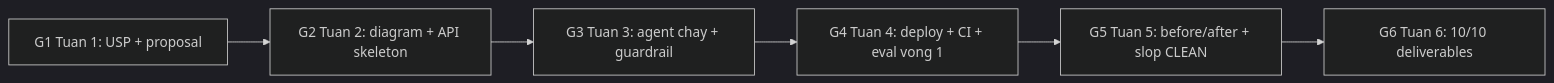
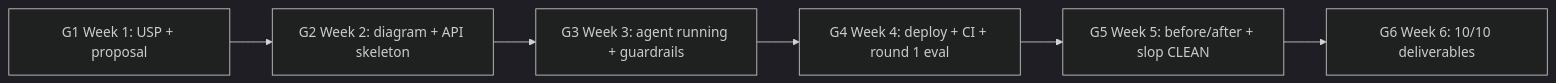
One commit to Dokhacgiakhoa/Project-Builder-4-Agents changed the diagram in knowledge-base/technical-book/chapter-15.md. Above: the diagram before and after it, drawn with Mermaid (dark theme). The commit also changed other lines of this file and 62 other files, not shown here.

````diff
--- a/knowledge-base/technical-book/chapter-15.md
+++ b/knowledge-base/technical-book/chapter-15.md
@@ -330,8 +322,8 @@
 ```mermaid
 flowchart LR
-    G1["G1 Tuan 1: USP + proposal"] --> G2["G2 Tuan 2: diagram + API skeleton"]
-    G2 --> G3["G3 Tuan 3: agent chay + guardrail"]
-    G3 --> G4["G4 Tuan 4: deploy + CI + eval vong 1"]
-    G4 --> G5["G5 Tuan 5: before/after + slop CLEAN"]
-    G5 --> G6["G6 Tuan 6: 10/10 deliverables"]
+    G1["G1 Week 1: USP + proposal"] --> G2["G2 Week 2: diagram + API skeleton"]
+    G2 --> G3["G3 Week 3: agent running + guardrails"]
+    G3 --> G4["G4 Week 4: deploy + CI + round 1 eval"]
+    G4 --> G5["G5 Week 5: before/after + slop CLEAN"]
+    G5 --> G6["G6 Week 6: 10/10 deliverables"]
 ```
````
